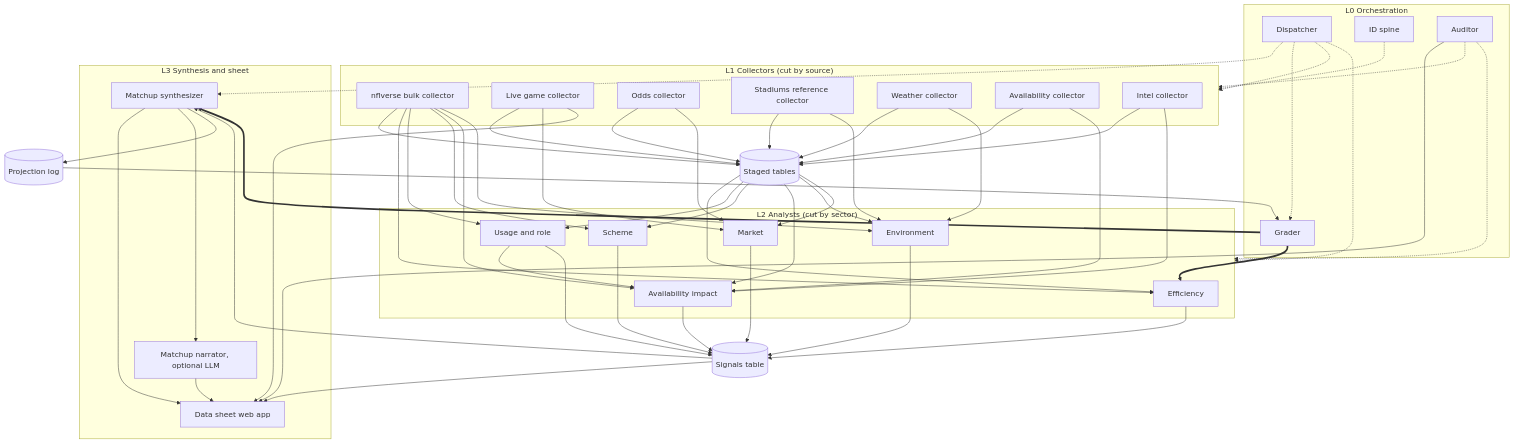
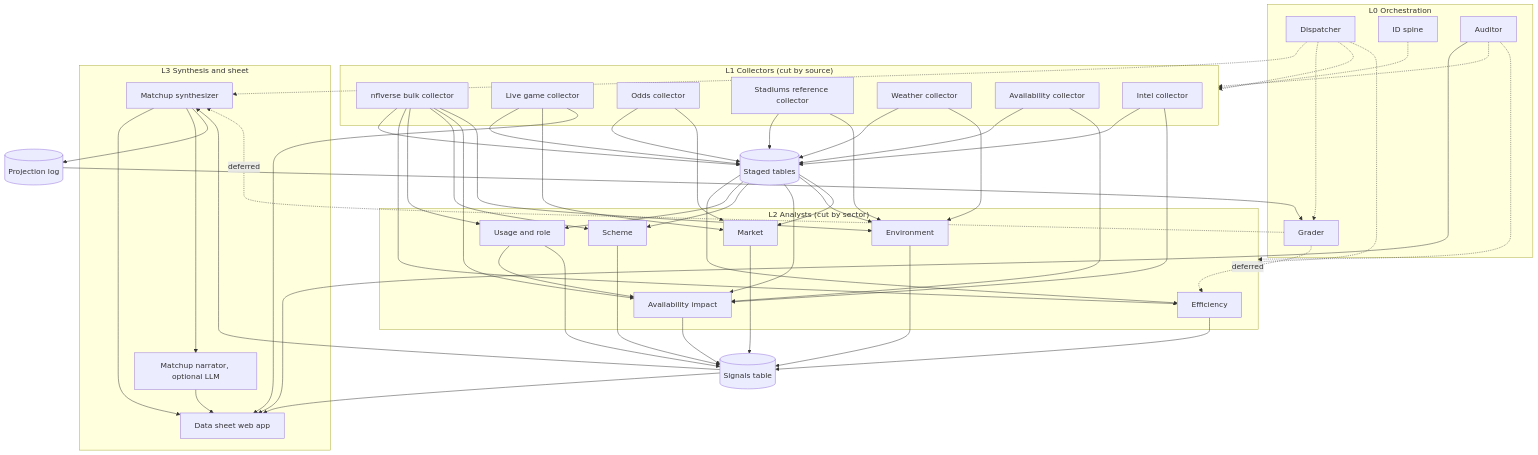
Before and after one commit to BrodyBoShow/nfl-data-sheet: the diagram in docs/architecture.md, drawn with Mermaid. The commit also changed other lines of this file and 18 other files, not shown here.

````diff
--- a/docs/architecture.md
+++ b/docs/architecture.md
@@ -6,72 +7,72 @@
 ```mermaid
 flowchart TB
   subgraph L0["L0 Orchestration"]
     DISP[Dispatcher]
     SPINE[ID spine]
     AUD[Auditor]
     GRADE[Grader]
   end
 
   subgraph L1["L1 Collectors (cut by source)"]
     C_NFLV[nflverse bulk collector]
     C_LIVE[Live game collector]
     C_ODDS[Odds collector]
     C_STAD[Stadiums reference collector]
     C_WX[Weather collector]
     C_AVAIL[Availability collector]
     C_INTEL[Intel collector]
   end
 
   STAGED[(Staged tables)]
 
   subgraph L2["L2 Analysts (cut by sector)"]
     A_EFF[Efficiency]
     A_USE[Usage and role]
     A_SCH[Scheme]
     A_AVI[Availability impact]
     A_ENV[Environment]
     A_MKT[Market]
   end
 
   SIGNALS[(Signals table)]
 
   subgraph L3["L3 Synthesis and sheet"]
     SYN[Matchup synthesizer]
     UI[Data sheet web app]
     NAR[Matchup narrator, optional LLM]
   end
 
   PROJ[(Projection log)]
 
   C_NFLV & C_LIVE & C_ODDS & C_STAD & C_WX & C_AVAIL & C_INTEL --> STAGED
   STAGED --> A_EFF & A_USE & A_SCH & A_AVI & A_ENV & A_MKT
 
   C_NFLV --> A_EFF & A_USE & A_SCH & A_AVI & A_ENV
   C_AVAIL --> A_AVI
   C_INTEL --> A_AVI
   C_STAD --> A_ENV
   C_WX --> A_ENV
   C_ODDS --> A_MKT
   C_LIVE --> A_MKT
   A_USE --> A_AVI
 
   A_EFF & A_USE & A_SCH & A_AVI & A_ENV & A_MKT --> SIGNALS
   SIGNALS --> SYN
   SIGNALS --> UI
   SYN --> UI
   SYN --> NAR --> UI
   C_LIVE --> UI
   SYN --> PROJ --> GRADE
   AUD --> UI
 
-  GRADE ==> A_EFF
-  GRADE ==> SYN
+  GRADE -. deferred .-> A_EFF
+  GRADE -. deferred .-> SYN
 
   DISP -.-> L1
   DISP -.-> L2
   DISP -.-> SYN
   DISP -.-> GRADE
   AUD -.-> L1
   AUD -.-> L2
   SPINE -.-> L1
 ```
````
